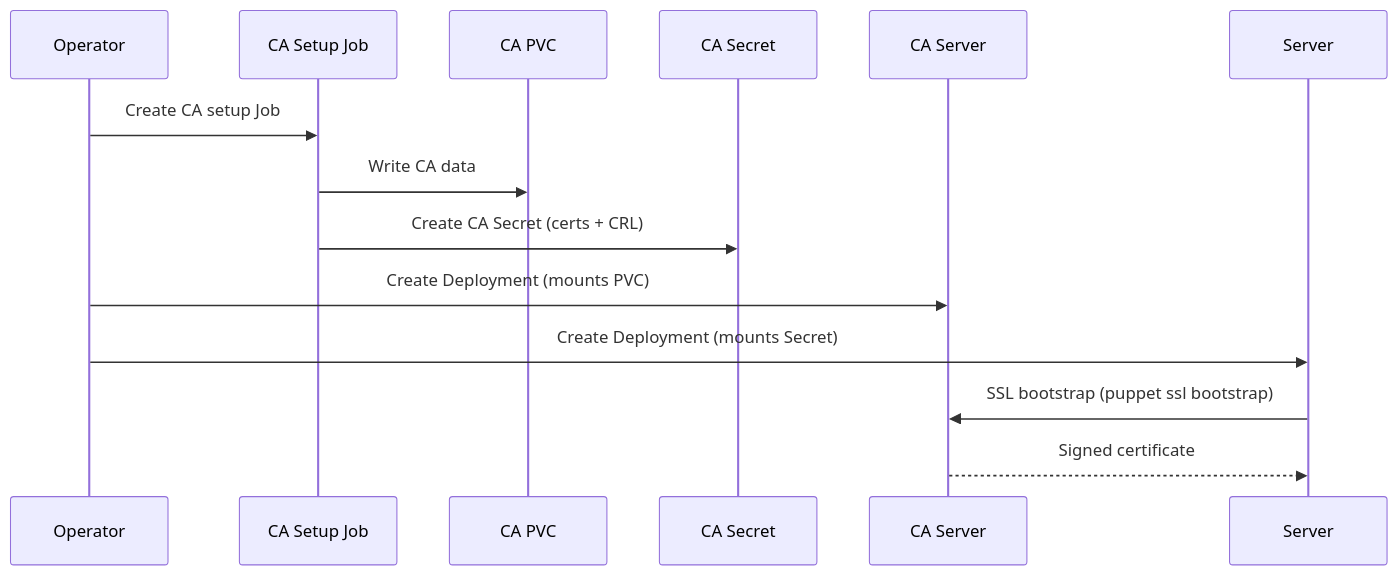
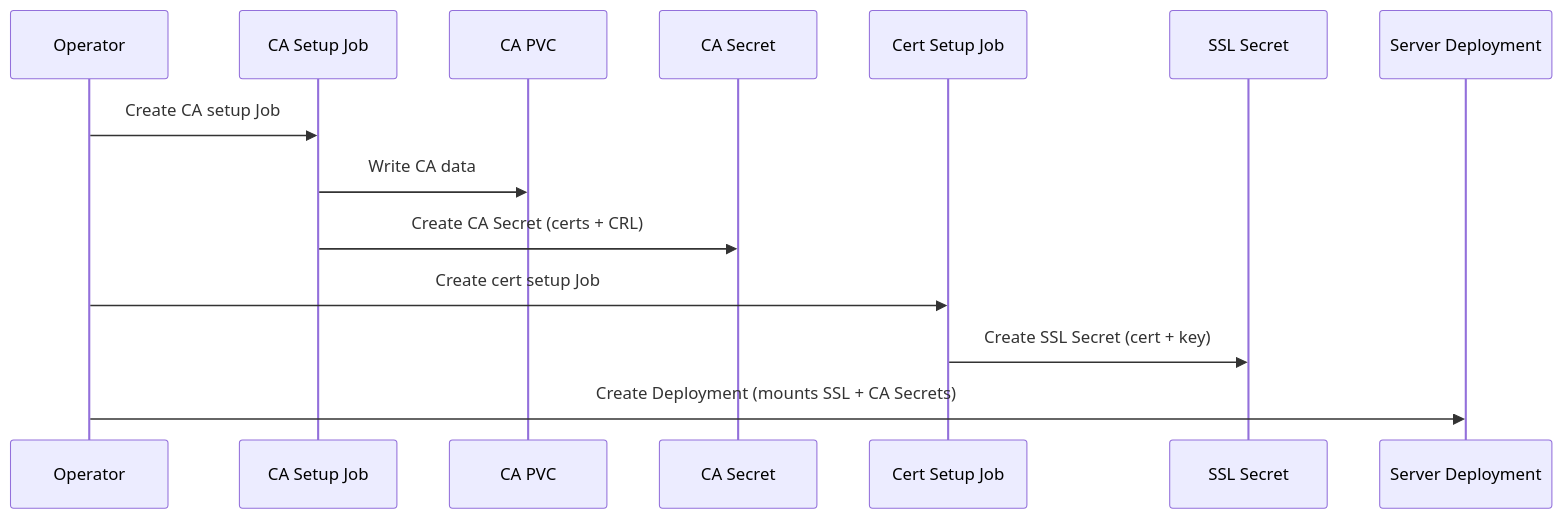
One commit to slauger/openvox-operator changed the diagram in docs/concepts/architecture.md. Above: the diagram before and after it, drawn with Mermaid. The commit also changed other lines of this file and 33 other files, not shown here.

````diff
--- a/docs/concepts/architecture.md
+++ b/docs/concepts/architecture.md
@@ -32,17 +44,17 @@
 ```mermaid
 sequenceDiagram
     participant Op as Operator
-    participant Job as CA Setup Job
+    participant CAJob as CA Setup Job
     participant PVC as CA PVC
-    participant Secret as CA Secret
-    participant CA as CA Server
-    participant Srv as Server
+    participant CASec as CA Secret
+    participant CertJob as Cert Setup Job
+    participant SSLSec as SSL Secret
+    participant Srv as Server Deployment
 
-    Op->>Job: Create CA setup Job
-    Job->>PVC: Write CA data
-    Job->>Secret: Create CA Secret (certs + CRL)
-    Op->>CA: Create Deployment (mounts PVC)
-    Op->>Srv: Create Deployment (mounts Secret)
-    Srv->>CA: SSL bootstrap (puppet ssl bootstrap)
-    CA-->>Srv: Signed certificate
+    Op->>CAJob: Create CA setup Job
+    CAJob->>PVC: Write CA data
+    CAJob->>CASec: Create CA Secret (certs + CRL)
+    Op->>CertJob: Create cert setup Job
+    CertJob->>SSLSec: Create SSL Secret (cert + key)
+    Op->>Srv: Create Deployment (mounts SSL + CA Secrets)
 ```
````
